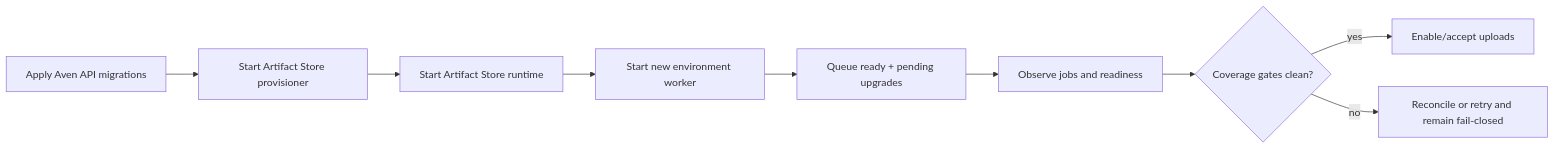
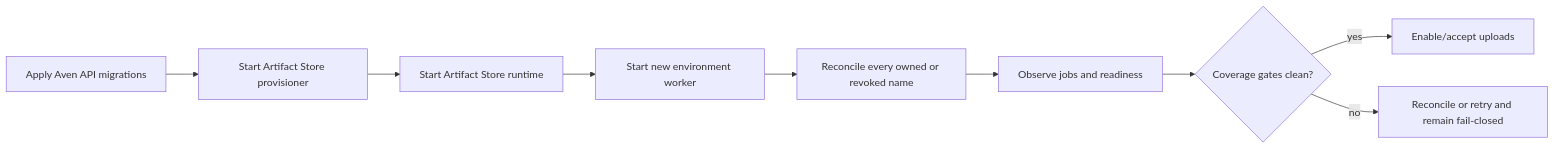
One commit to MyAvenCEO/avenOS changed the ninth of 9 diagrams in services/artifact-store/PER-CUSTOMER-ARCHITECTURE.md. Above: the diagram before and after it, drawn with Mermaid. The commit also changed other lines of this file and 3 other files, not shown here.

````diff
--- a/services/artifact-store/PER-CUSTOMER-ARCHITECTURE.md
+++ b/services/artifact-store/PER-CUSTOMER-ARCHITECTURE.md
@@ -679,11 +600,11 @@
 ```mermaid
 flowchart LR
     M[Apply Aven API migrations] --> P[Start Artifact Store provisioner]
     P --> R[Start Artifact Store runtime]
     R --> W[Start new environment worker]
-    W --> Q[Queue ready + pending upgrades]
+    W --> Q[Reconcile every owned or revoked name]
     Q --> O[Observe jobs and readiness]
     O --> G{Coverage gates clean?}
     G -->|yes| E[Enable/accept uploads]
     G -->|no| X[Reconcile or retry and remain fail-closed]
 ```
````
